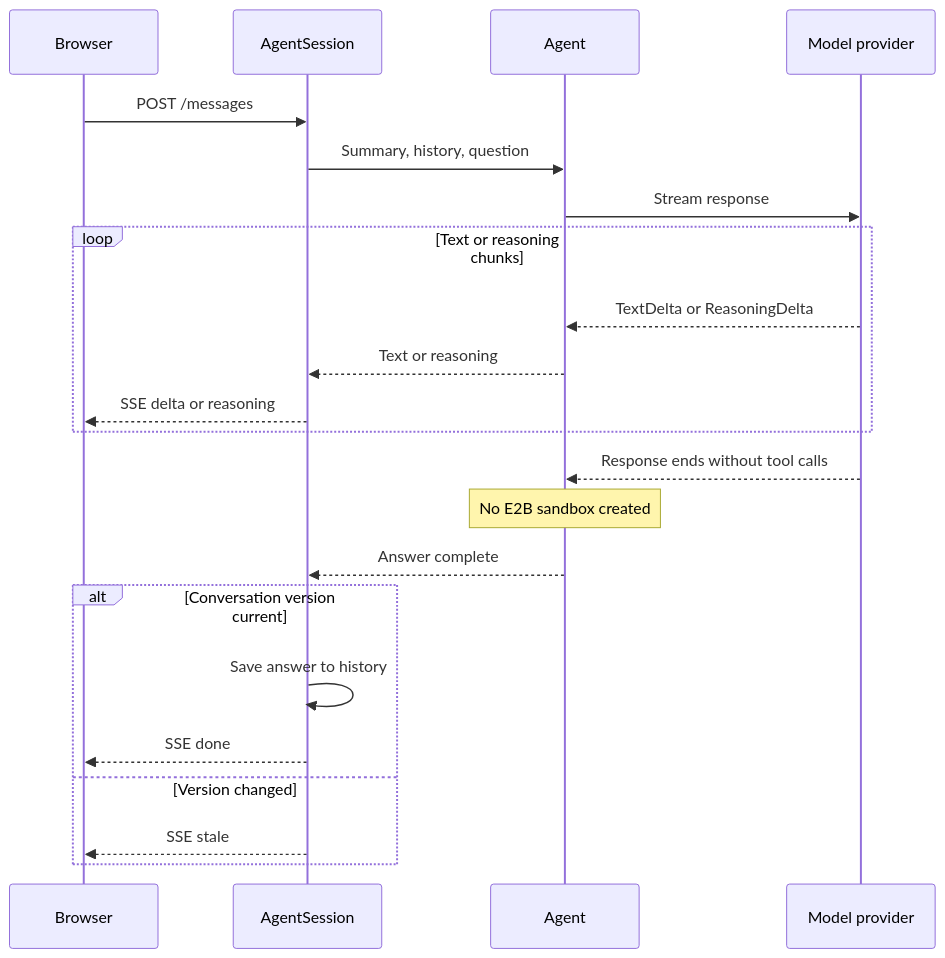
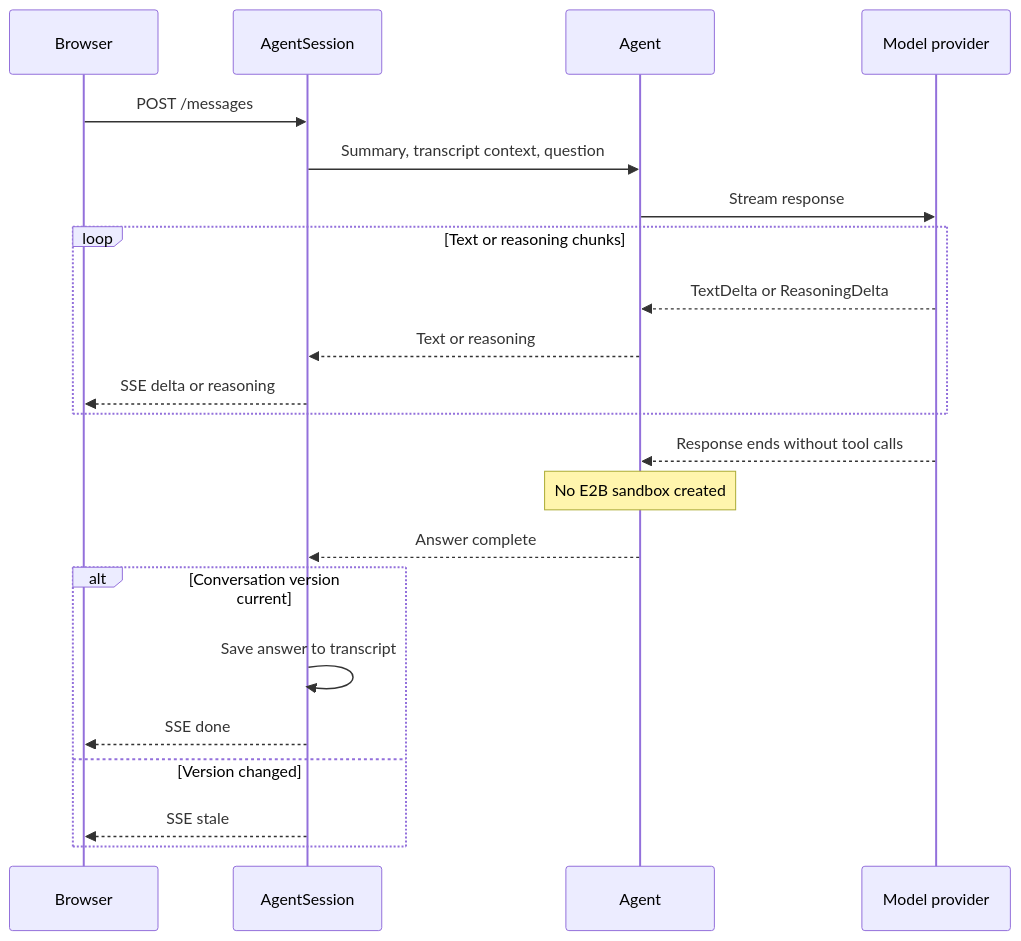
Before and after one commit to j3soon/nurse-scheduling: the fourth of 7 diagrams in docs/content/developer-guide/ai-assistant.md, drawn with Mermaid. The commit also changed other lines of this file and 10 other files, not shown here.

````diff
--- a/docs/content/developer-guide/ai-assistant.md
+++ b/docs/content/developer-guide/ai-assistant.md
@@ -221,25 +226,25 @@
 ```mermaid
 sequenceDiagram
     participant Browser
     participant AI as AgentSession
     participant Agent as Agent
     participant Model as Model provider
 
     Browser->>AI: POST /messages
-    AI->>Agent: Summary, history, question
+    AI->>Agent: Summary, transcript context, question
     Agent->>Model: Stream response
     loop Text or reasoning chunks
         Model-->>Agent: TextDelta or ReasoningDelta
         Agent-->>AI: Text or reasoning
         AI-->>Browser: SSE delta or reasoning
     end
     Model-->>Agent: Response ends without tool calls
     Note over Agent: No E2B sandbox created
     Agent-->>AI: Answer complete
     alt Conversation version current
-        AI->>AI: Save answer to history
+        AI->>AI: Save answer to transcript
         AI-->>Browser: SSE done
     else Version changed
         AI-->>Browser: SSE stale
     end
 ```
````
